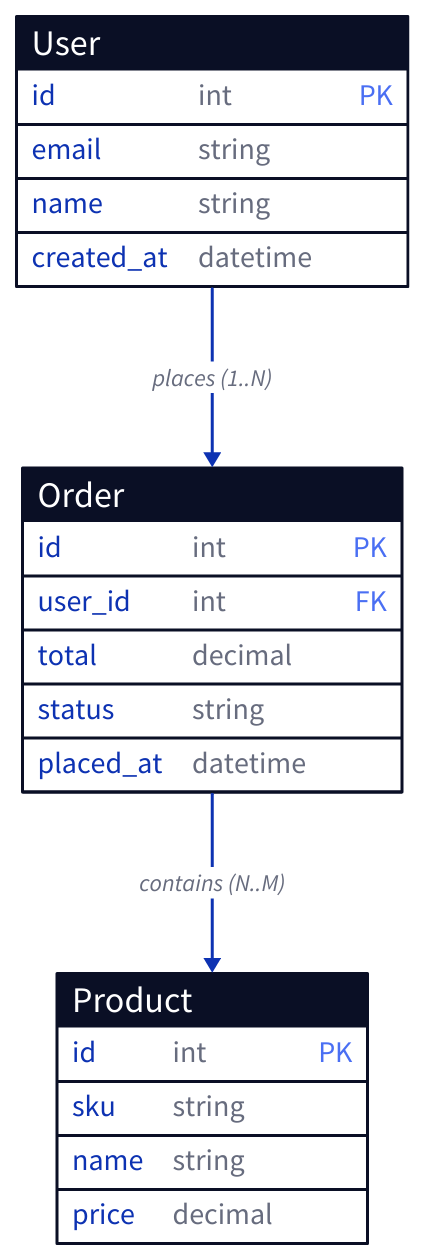
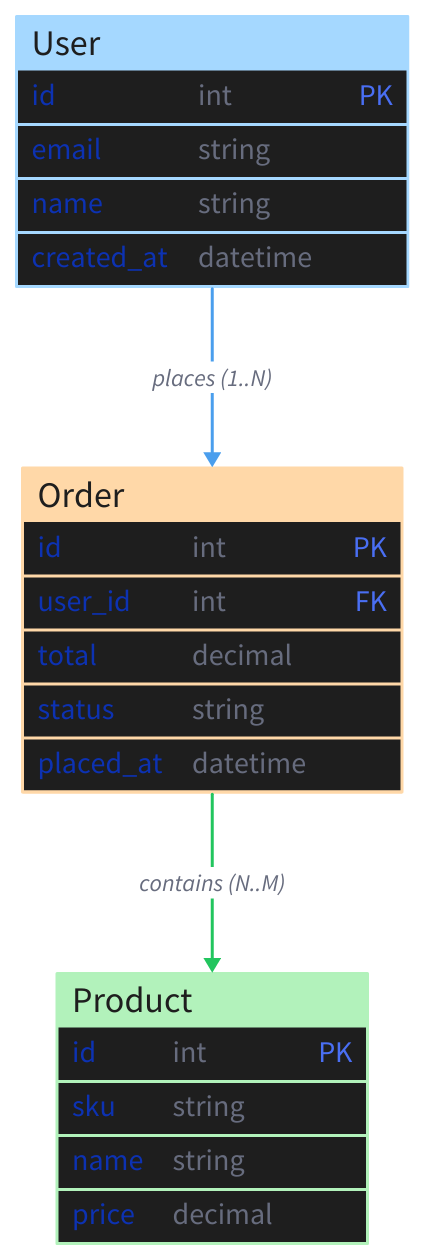
Before and after one commit to esciara/gascity: the diagram in docs/diagrams-comparison/d2/d-er-model.d2, drawn with D2. The commit also changed 10 other files, not shown here.

First line of the commit message:
docs(diagrams): port Excalidraw palette to Mermaid + D2; add Excalidraw setup guide

```diff
--- a/docs/diagrams-comparison/d2/d-er-model.d2
+++ b/docs/diagrams-comparison/d2/d-er-model.d2
@@ -1,27 +1,33 @@
 User: {
   shape: sql_table
+  style.fill: "#a5d8ff"
+  style.stroke: "#1e1e1e"
   id: int {constraint: primary_key}
   email: string
   name: string
   created_at: datetime
 }
 
 Order: {
   shape: sql_table
+  style.fill: "#ffd8a8"
+  style.stroke: "#1e1e1e"
   id: int {constraint: primary_key}
   user_id: int {constraint: foreign_key}
   total: decimal
   status: string
   placed_at: datetime
 }
 
 Product: {
   shape: sql_table
+  style.fill: "#b2f2bb"
+  style.stroke: "#1e1e1e"
   id: int {constraint: primary_key}
   sku: string
   name: string
   price: decimal
 }
 
-User.id -> Order.user_id: places (1..N)
-Order -> Product: contains (N..M)
+User.id -> Order.user_id: places (1..N) {style.stroke: "#4a9eed"}
+Order -> Product: contains (N..M) {style.stroke: "#22c55e"}
```
